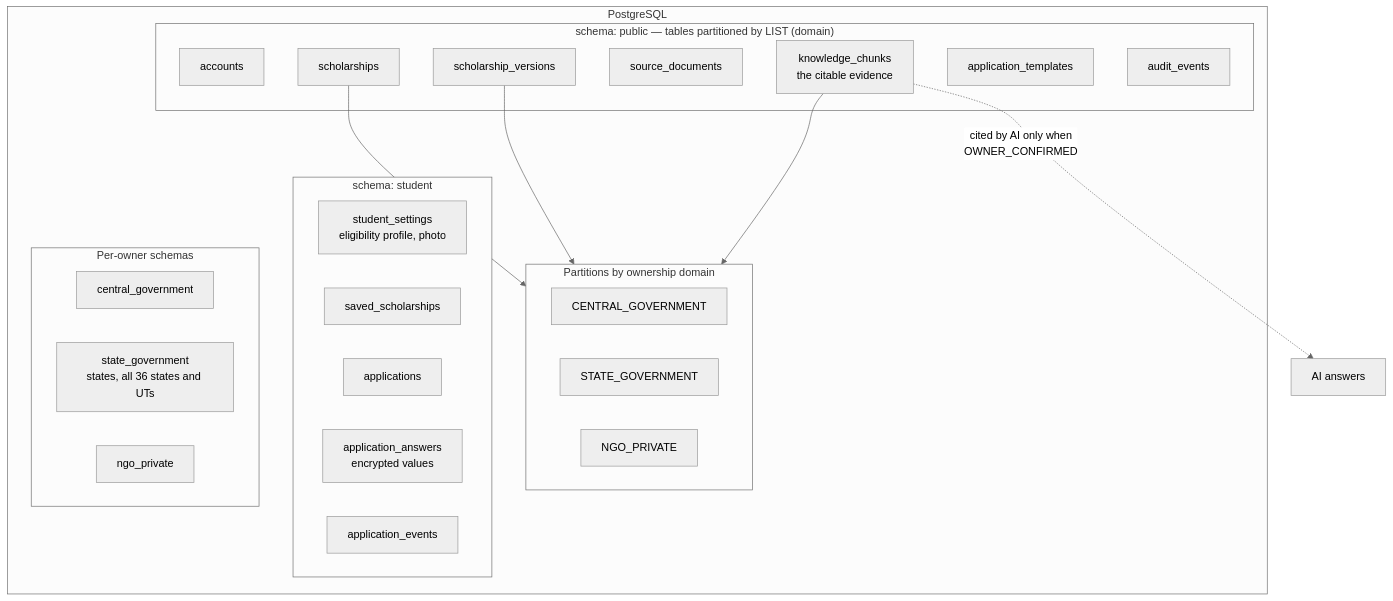
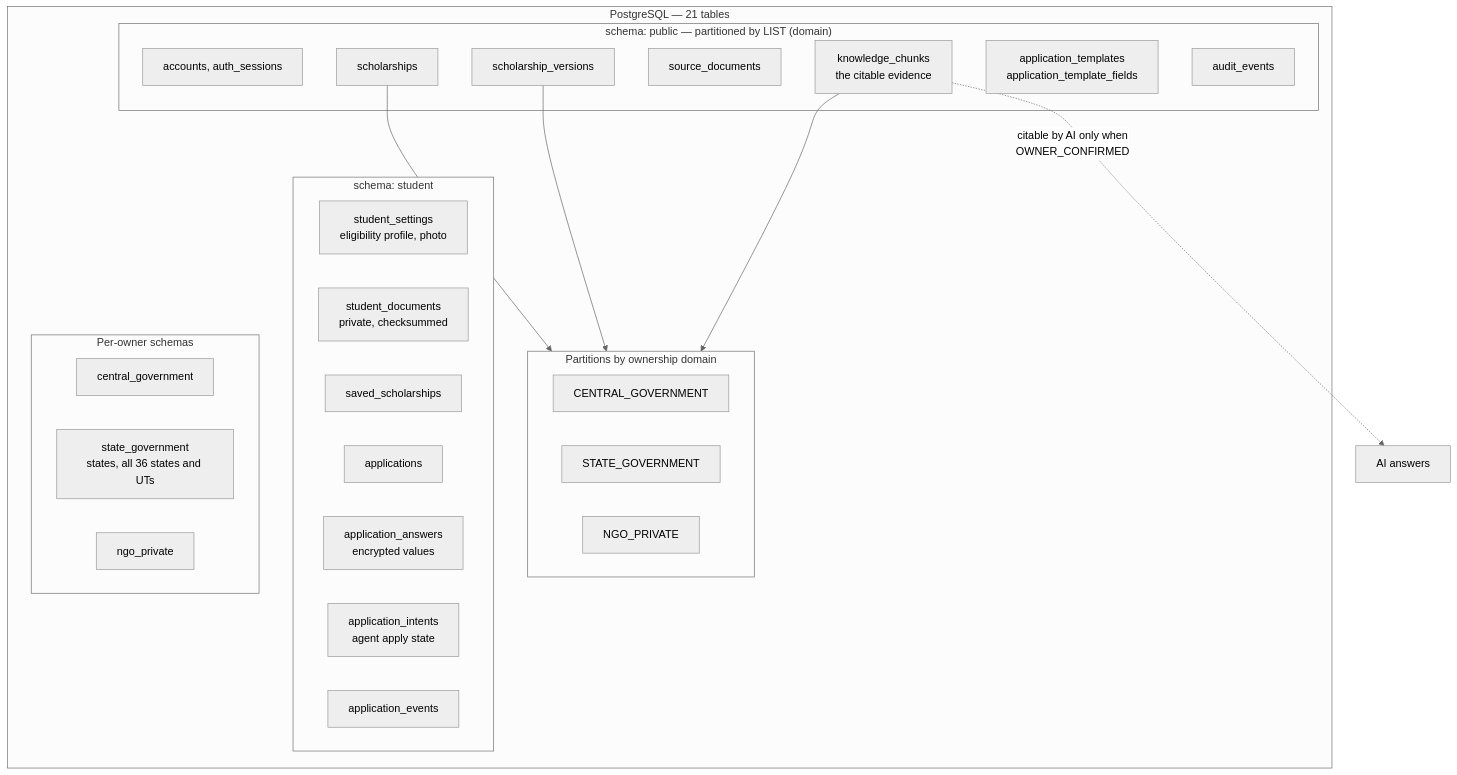
The seventh of 8 diagrams in README.md (23110572-hash/Scholarsaathi), drawn with Mermaid (neutral theme) before and after one commit. The commit also changed other lines of this file, not shown here.

````diff
--- a/README.md
+++ b/README.md
@@ -277,36 +385,38 @@
 ```mermaid
 flowchart TB
-    subgraph pg["PostgreSQL"]
-        subgraph pub["schema: public — tables partitioned by LIST (domain)"]
-            ACC["accounts"]
+    subgraph pg["PostgreSQL — 21 tables"]
+        subgraph pub["schema: public — partitioned by LIST (domain)"]
+            ACC["accounts, auth_sessions"]
             SCH["scholarships"]
             VER["scholarship_versions"]
             SRC["source_documents"]
             CHUNK["knowledge_chunks<br/>the citable evidence"]
-            TPL["application_templates"]
+            TPL["application_templates<br/>application_template_fields"]
             AUD["audit_events"]
         end
         subgraph domains["Partitions by ownership domain"]
             D1["CENTRAL_GOVERNMENT"]
             D2["STATE_GOVERNMENT"]
             D3["NGO_PRIVATE"]
         end
         subgraph sd["schema: student"]
             SS["student_settings<br/>eligibility profile, photo"]
+            DOC["student_documents<br/>private, checksummed"]
             SV["saved_scholarships"]
             APPS["applications"]
             ANS["application_answers<br/>encrypted values"]
+            INT["application_intents<br/>agent apply state"]
             EVT["application_events"]
         end
         subgraph og["Per-owner schemas"]
             CGS["central_government"]
             SGS["state_government<br/>states, all 36 states and UTs"]
             NPS["ngo_private"]
         end
     end
 
     SCH --> domains
     VER --> domains
     CHUNK --> domains
-    CHUNK -.->|"cited by AI only when<br/>OWNER_CONFIRMED"| AIQ["AI answers"]
+    CHUNK -.->|"citable by AI only when<br/>OWNER_CONFIRMED"| AIQ["AI answers"]
 ```
````
